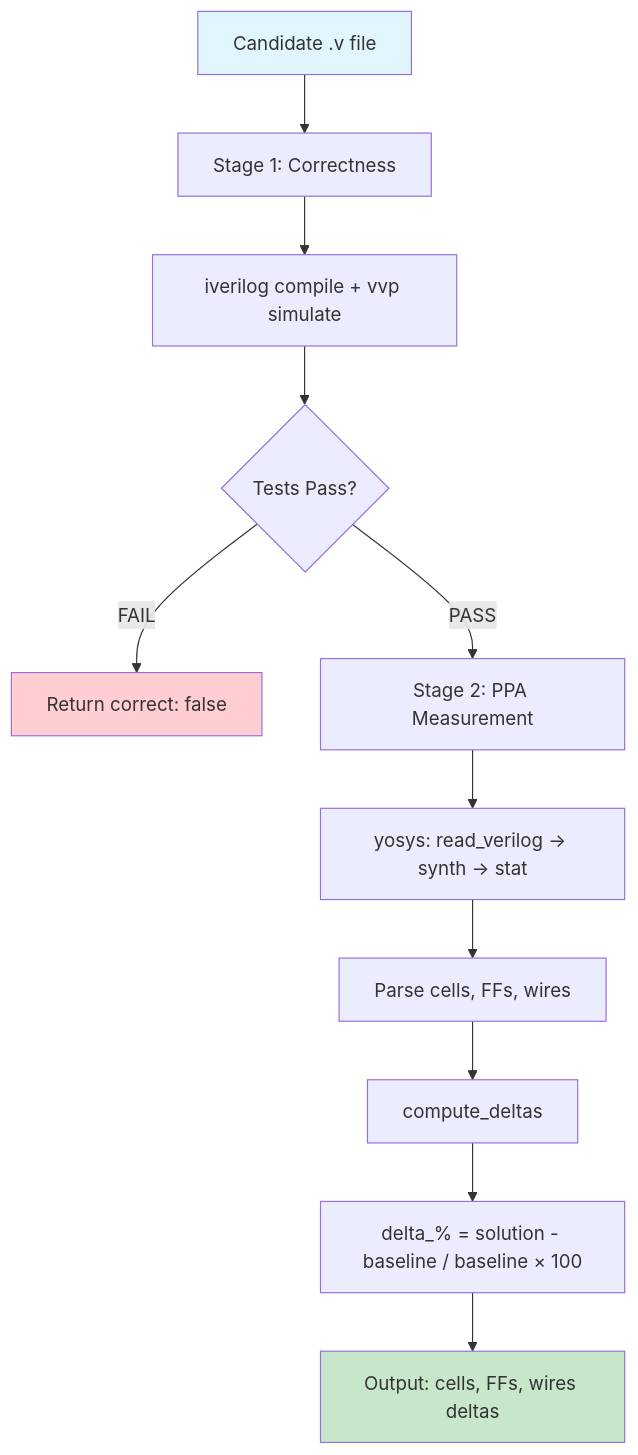
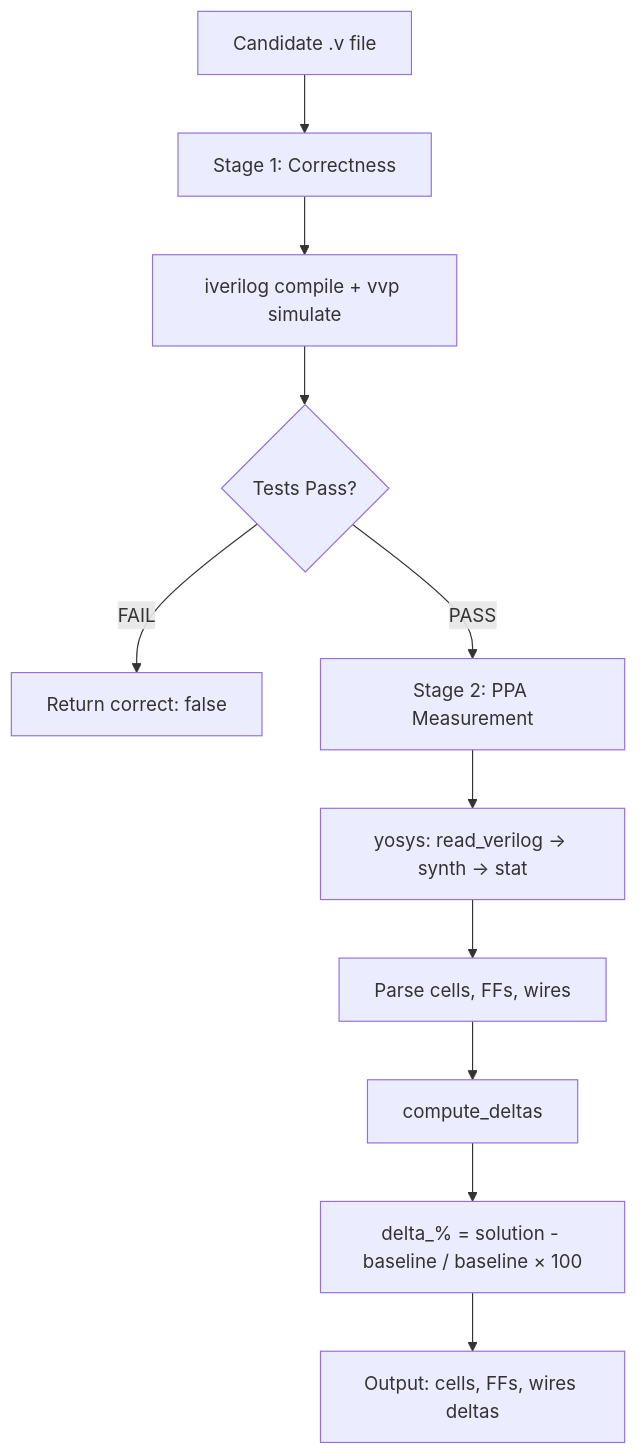
Before and after one commit to Vihaan004/PPAgent: the diagram in README.md, drawn with Mermaid.

````diff
--- a/README.md
+++ b/README.md
@@ -53,17 +53,13 @@
 ```mermaid
 graph TD
     A["Candidate .v file"] --> B["Stage 1: Correctness"]
     B --> C["iverilog compile + vvp simulate"]
     C --> D{Tests Pass?}
     D -->|FAIL| E["Return correct: false"]
     D -->|PASS| F["Stage 2: PPA Measurement"]
     F --> G["yosys: read_verilog → synth → stat"]
     G --> H["Parse cells, FFs, wires"]
     H --> I["compute_deltas"]
     I --> J["delta_% = solution - baseline / baseline × 100"]
     J --> K["Output: cells, FFs, wires deltas"]
-    
-    style A fill:#e1f5ff
-    style E fill:#ffcdd2
-    style K fill:#c8e6c9
 ```
````
